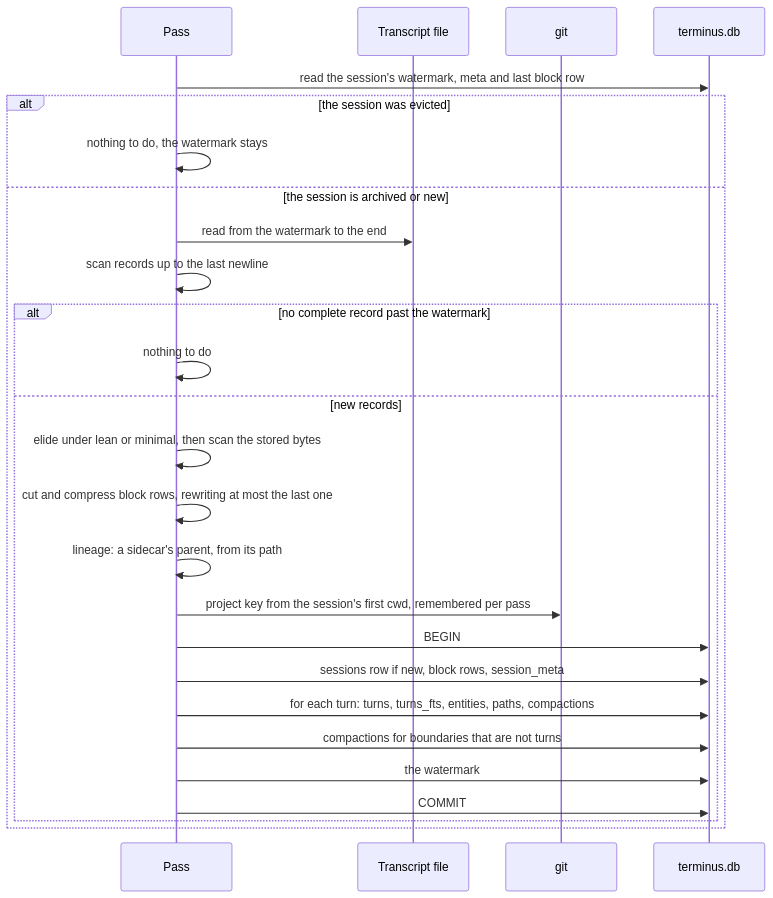
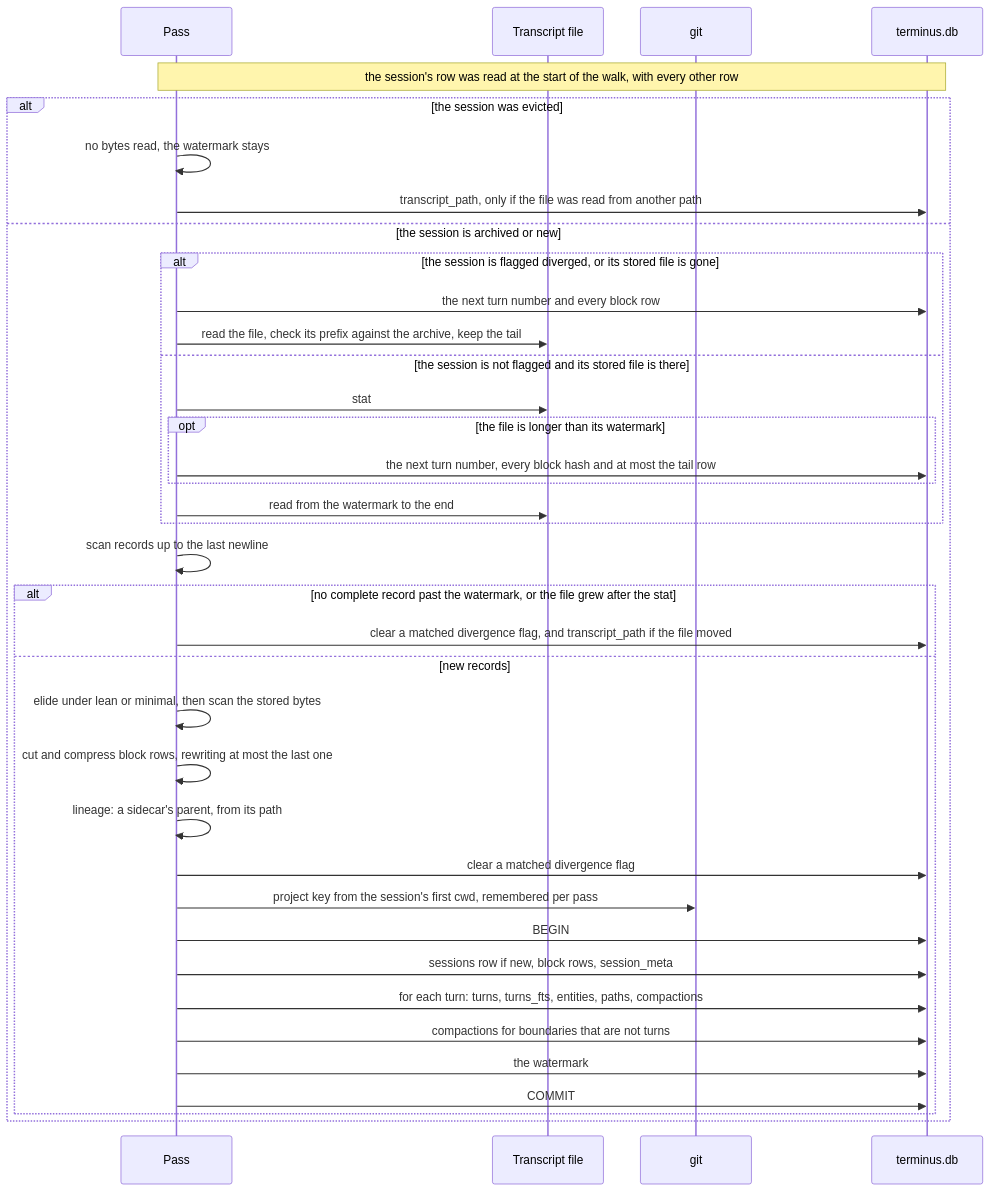
One commit to jcrenshaw-dev/terminus changed the second of 3 diagrams in docs/design/0003-ingest.md. Above: the diagram before and after it, drawn with Mermaid. The commit also changed other lines of this file and 15 other files, not shown here.

First line of the commit message:
docs: check every doc against the code and start the changelog at 1.0.0

````diff
--- a/docs/design/0003-ingest.md
+++ b/docs/design/0003-ingest.md
@@ -175,28 +189,39 @@
 ```mermaid
 sequenceDiagram
   participant P as Pass
   participant F as Transcript file
   participant G as git
   participant DB as terminus.db
-  P->>DB: read the session's watermark, meta and last block row
+  Note over P,DB: the session's row was read at the start of the walk, with every other row
   alt the session was evicted
-    P->>P: nothing to do, the watermark stays
+    P->>P: no bytes read, the watermark stays
+    P->>DB: transcript_path, only if the file was read from another path
   else the session is archived or new
-    P->>F: read from the watermark to the end
+    alt the session is flagged diverged, or its stored file is gone
+      P->>DB: the next turn number and every block row
+      P->>F: read the file, check its prefix against the archive, keep the tail
+    else the session is not flagged and its stored file is there
+      P->>F: stat
+      opt the file is longer than its watermark
+        P->>DB: the next turn number, every block hash and at most the tail row
+      end
+      P->>F: read from the watermark to the end
+    end
     P->>P: scan records up to the last newline
-    alt no complete record past the watermark
-      P->>P: nothing to do
+    alt no complete record past the watermark, or the file grew after the stat
+      P->>DB: clear a matched divergence flag, and transcript_path if the file moved
     else new records
       P->>P: elide under lean or minimal, then scan the stored bytes
       P->>P: cut and compress block rows, rewriting at most the last one
       P->>P: lineage: a sidecar's parent, from its path
+      P->>DB: clear a matched divergence flag
       P->>G: project key from the session's first cwd, remembered per pass
       P->>DB: BEGIN
       P->>DB: sessions row if new, block rows, session_meta
       P->>DB: for each turn: turns, turns_fts, entities, paths, compactions
       P->>DB: compactions for boundaries that are not turns
       P->>DB: the watermark
       P->>DB: COMMIT
     end
   end
 ```
````
